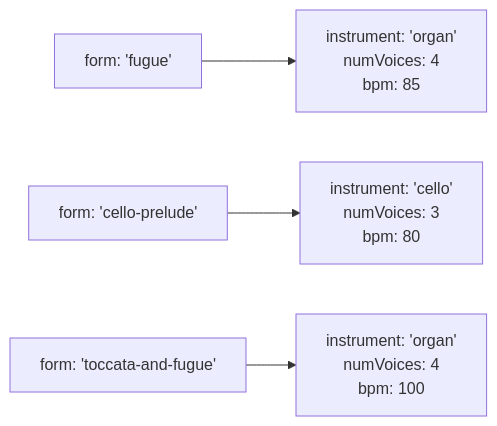
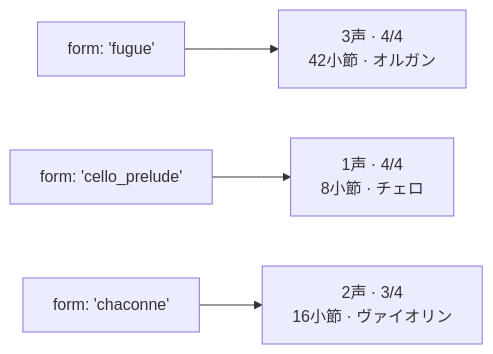
One commit to libraz/midi-sketch-bach-homepage changed the second of 2 diagrams in src/ja/docs/option-relationships.md. Above: the diagram before and after it, drawn with Mermaid. The commit also changed other lines of this file and 34 other files, not shown here.

````diff
--- a/src/ja/docs/option-relationships.md
+++ b/src/ja/docs/option-relationships.md
@@ -31,6 +32,6 @@
 ```mermaid
 graph LR
-    A["form: 'fugue'"] --> B["instrument: 'organ'<br>numVoices: 4<br>bpm: 85"]
-    C["form: 'cello-prelude'"] --> D["instrument: 'cello'<br>numVoices: 3<br>bpm: 80"]
-    E["form: 'toccata-and-fugue'"] --> F["instrument: 'organ'<br>numVoices: 4<br>bpm: 100"]
+    A["form: 'fugue'"] --> B["3声 · 4/4<br>42小節 · オルガン"]
+    C["form: 'cello_prelude'"] --> D["1声 · 4/4<br>8小節 · チェロ"]
+    E["form: 'chaconne'"] --> F["2声 · 3/4<br>16小節 · ヴァイオリン"]
 ```
````
